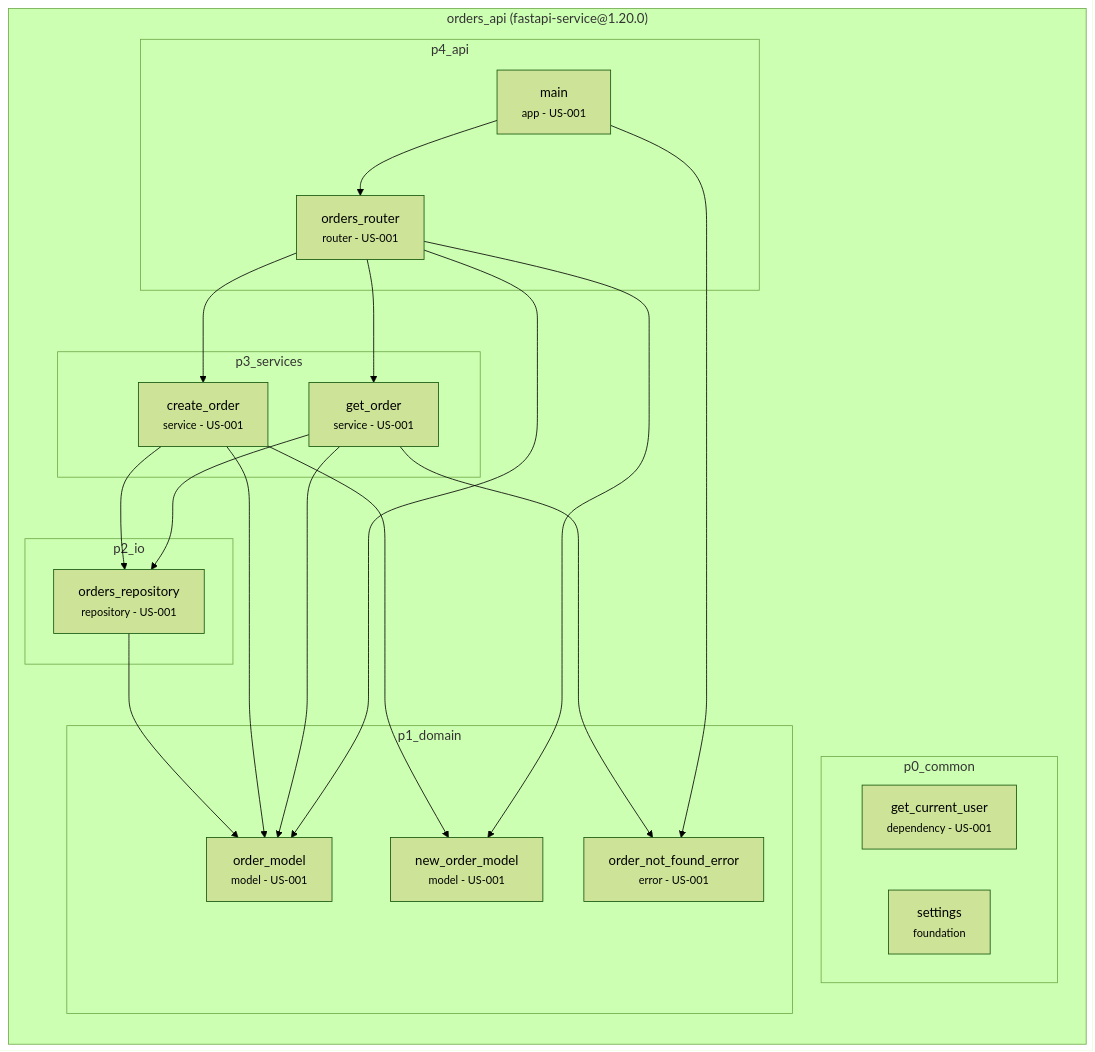
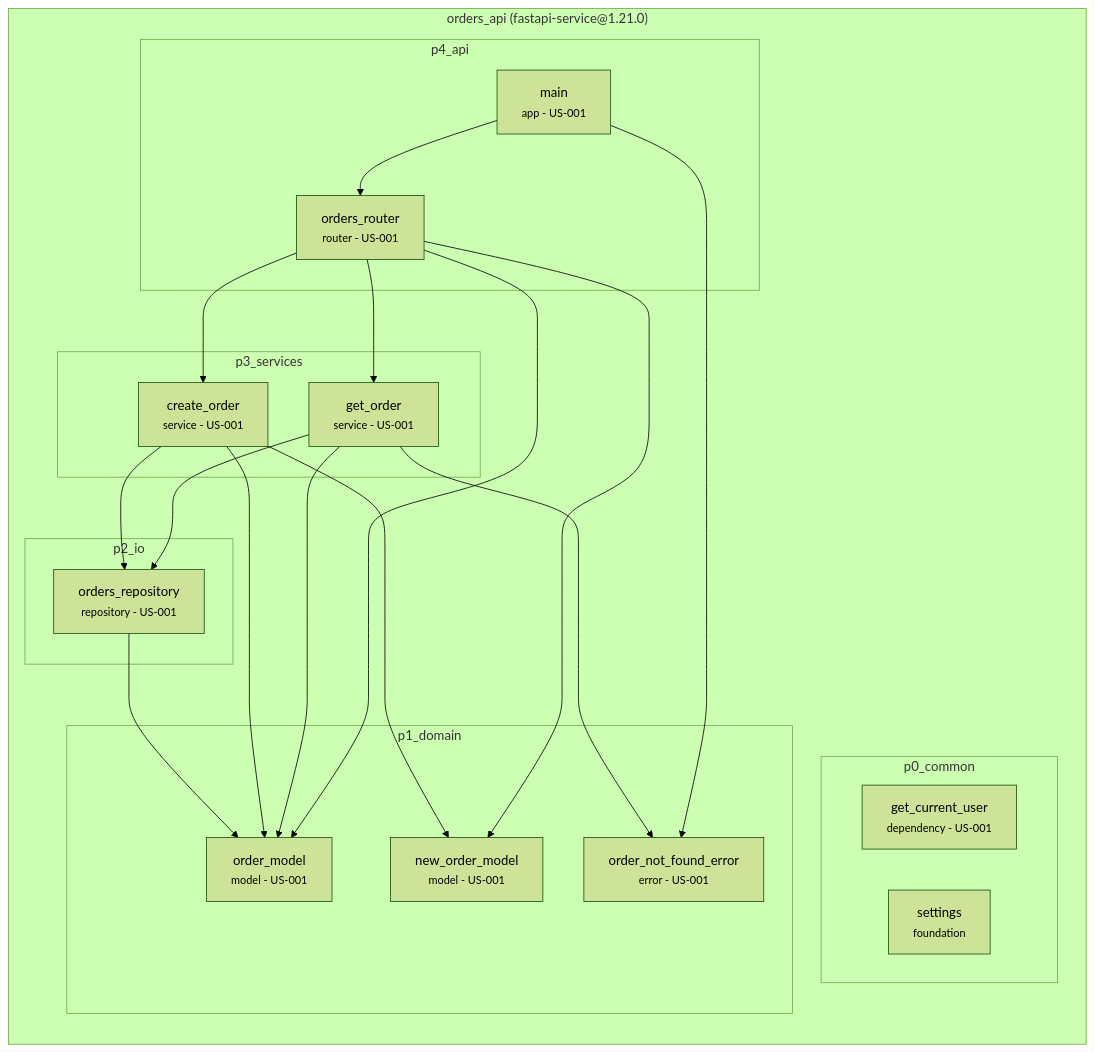
The diagram in contract/archvow/examples/fastapi-service/.archvow/spec.md (archvow/archvow-plugin), drawn with Mermaid (forest theme) before and after one commit. The commit also changed other lines of this file and 168 other files, not shown here.

````diff
--- a/contract/archvow/examples/fastapi-service/.archvow/spec.md
+++ b/contract/archvow/examples/fastapi-service/.archvow/spec.md
@@ -11,40 +11,40 @@
 ```mermaid
 flowchart TB
-  subgraph orders_api["orders_api (fastapi-service@1.20.0)"]
+  subgraph orders_api["orders_api (fastapi-service@1.21.0)"]
     direction TB
     subgraph orders_api__p0_common["p0_common"]
       orders_api__get_current_user["get_current_user<br/><small>dependency - US-001</small>"]
       orders_api__settings["settings<br/><small>foundation</small>"]
     end
     subgraph orders_api__p1_domain["p1_domain"]
       orders_api__new_order_model["new_order_model<br/><small>model - US-001</small>"]
       orders_api__order_model["order_model<br/><small>model - US-001</small>"]
       orders_api__order_not_found_error["order_not_found_error<br/><small>error - US-001</small>"]
     end
     subgraph orders_api__p2_io["p2_io"]
       orders_api__orders_repository["orders_repository<br/><small>repository - US-001</small>"]
     end
     subgraph orders_api__p3_services["p3_services"]
       orders_api__create_order["create_order<br/><small>service - US-001</small>"]
       orders_api__get_order["get_order<br/><small>service - US-001</small>"]
     end
     subgraph orders_api__p4_api["p4_api"]
       orders_api__main["main<br/><small>app - US-001</small>"]
       orders_api__orders_router["orders_router<br/><small>router - US-001</small>"]
     end
   end
   orders_api__orders_repository --> orders_api__order_model
   orders_api__create_order --> orders_api__order_model
   orders_api__create_order --> orders_api__new_order_model
   orders_api__create_order --> orders_api__orders_repository
   orders_api__get_order --> orders_api__order_model
   orders_api__get_order --> orders_api__order_not_found_error
   orders_api__get_order --> orders_api__orders_repository
   orders_api__main --> orders_api__orders_router
   orders_api__main --> orders_api__order_not_found_error
   orders_api__orders_router --> orders_api__create_order
   orders_api__orders_router --> orders_api__get_order
   orders_api__orders_router --> orders_api__order_model
   orders_api__orders_router --> orders_api__new_order_model
   classDef empty fill:none,stroke:none
 ```
````
